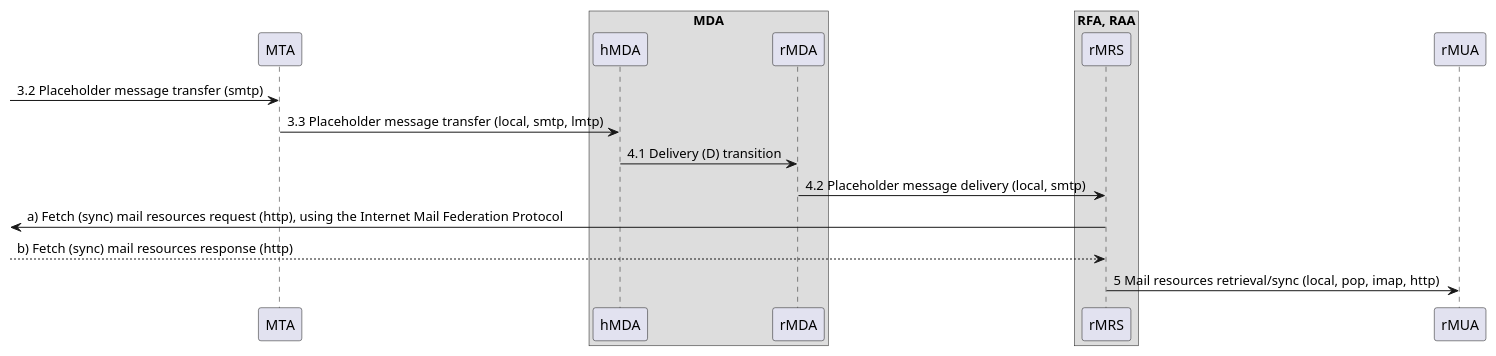
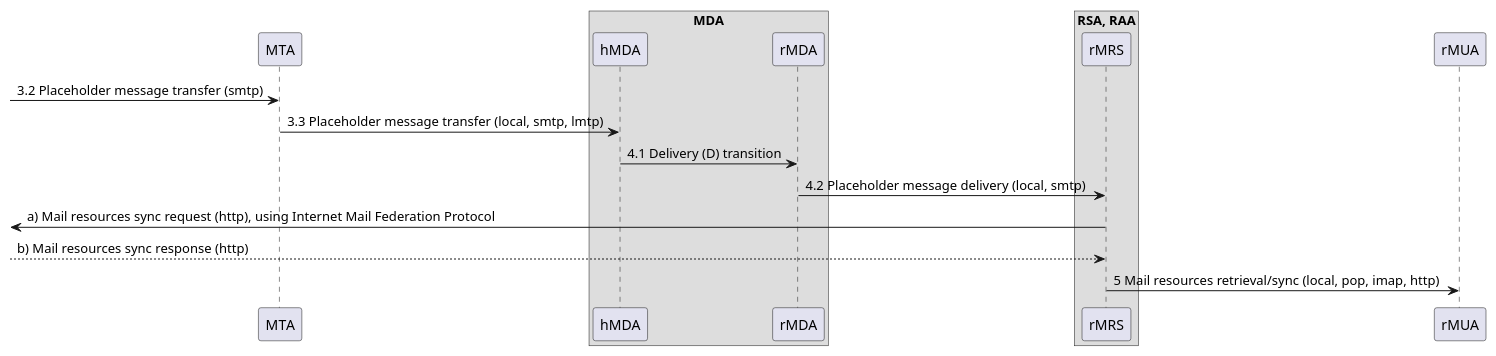
One commit to federizer/federizer changed the diagram in docs/resources/authorization-enhanced_rfc5598_II_sd.puml. Above: the diagram before and after it, drawn with PlantUML. The commit also changed 4 other files, not shown here.

```diff
--- a/docs/resources/authorization-enhanced_rfc5598_II_sd.puml
+++ b/docs/resources/authorization-enhanced_rfc5598_II_sd.puml
@@ -1,42 +1,42 @@
 @startuml Authorization-Enhanced Internet Mail Architecture, message flow part II.
 
 /'
 Message
 Message User Agent (MUA)
     Author MUA (aMUA)
     Recipient MUA (rMUA)
 Message Submission Agent (MSA)
     Author-focused MSA functions (aMSA)
     MHS-focused MSA functions (hMSA)
 Message Transfer Agent (MTA)
 Message Delivery Agent (MDA)
     Recipient-focused MDA functions (rMDA)
     MHS-focused MDA functions (hMDA)
-Resource Fetch Agent (RFA)
+Resource Sync Agent (RSA)
 Resource Access Agent (RAA)    
 Mail Resource Store (MRS)
     Author MRS (aMRS)
     Recipient MRS (rMRS)    
     User Agent MRS (uMRS)
 '/
 
 'ADMD II.
 participant "MTA" as MTA /'MTA'/
 box "MDA" /'MDA'/
 participant "hMDA" as hMDA /'MHS-focused MDA'/
 participant "rMDA" as rMDA /'Recipient-focused MDA'/
 end box
-box "RFA, RAA" /'Resource Fetch Agent, Resource Access Agent'/
+box "RSA, RAA" /'Resource Sync Agent, Resource Access Agent'/
 participant "rMRS" as rMRS /'Recipient MRS'/
 end box
 participant "rMUA" as rMUA /'MUA, uMRS optional'/
 
 [-> MTA : 3.2 Placeholder message transfer (smtp)
 MTA -> hMDA : 3.3 Placeholder message transfer (local, smtp, lmtp)
 hMDA -> rMDA : 4.1 Delivery (D) transition
 rMDA -> rMRS : 4.2 Placeholder message delivery (local, smtp)
-rMRS ->[ : a) Fetch (sync) mail resources request (http), using the Internet Mail Federation Protocol
-rMRS <--[ : b) Fetch (sync) mail resources response (http)
+rMRS ->[ : a) Mail resources sync request (http), using Internet Mail Federation Protocol
+rMRS <--[ : b) Mail resources sync response (http)
 rMRS -> rMUA : 5 Mail resources retrieval/sync (local, pop, imap, http)
 
 @enduml
```
